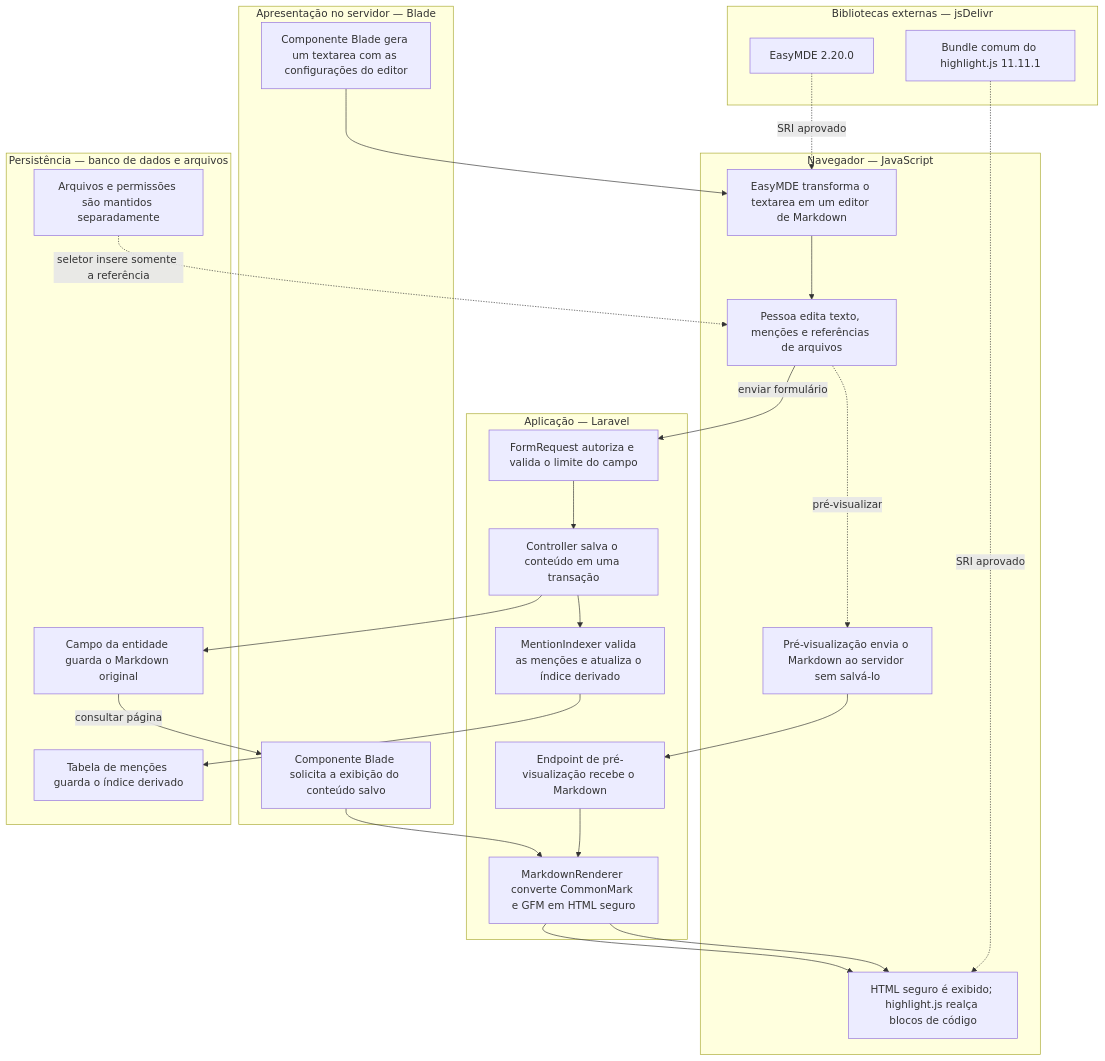
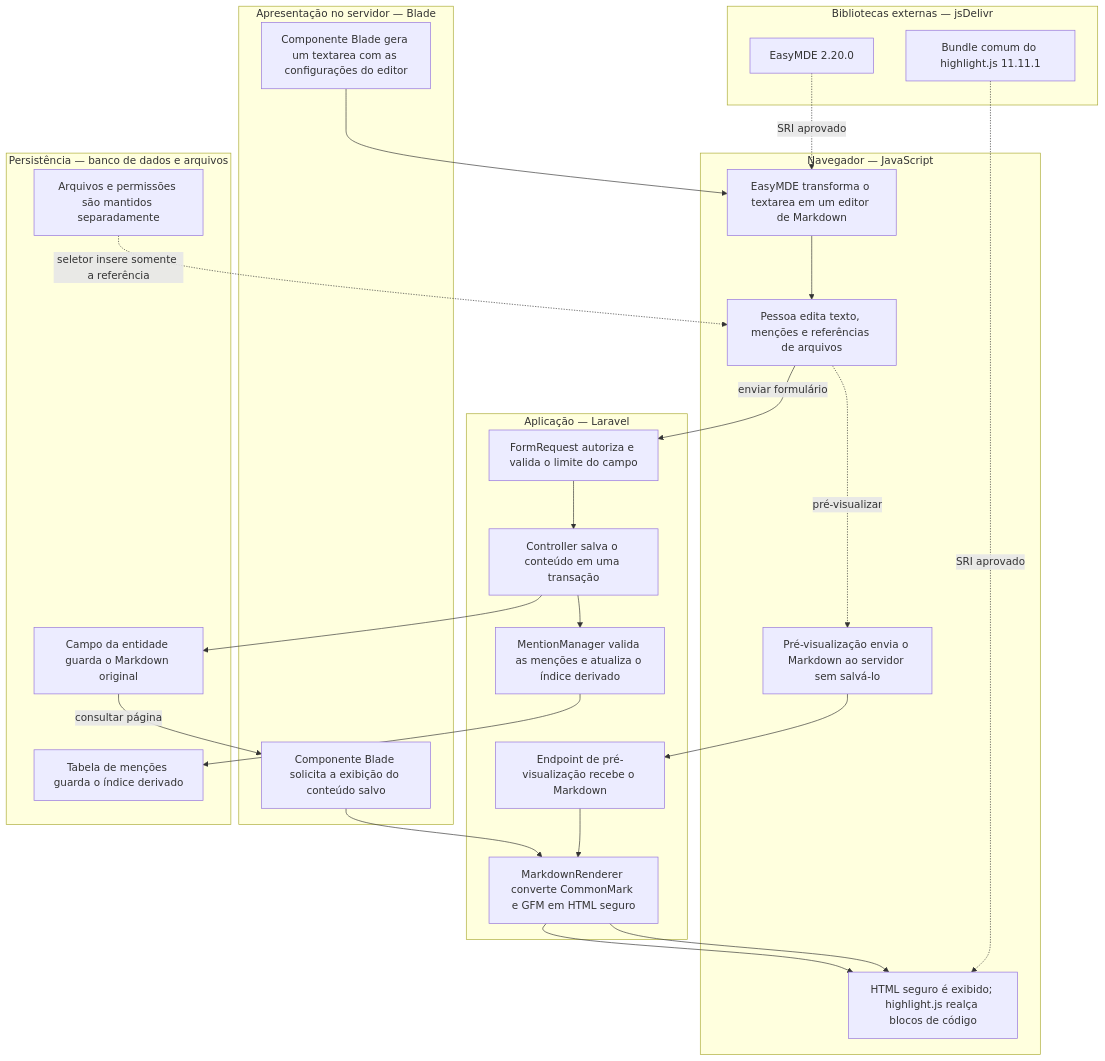
One commit to uspdev/gestao-projetos changed the diagram in docs/markdown/diagrama-markdown.md. Above: the diagram before and after it, drawn with Mermaid. The commit also changed 26 other files, not shown here.

````diff
--- a/docs/markdown/diagrama-markdown.md
+++ b/docs/markdown/diagrama-markdown.md
@@ -6,44 +6,44 @@
 ```mermaid
 flowchart TD
     subgraph presentation["Apresentação no servidor — Blade"]
         textarea["Componente Blade gera um textarea com as configurações do editor"]
         content["Componente Blade solicita a exibição do conteúdo salvo"]
     end
 
     subgraph browser["Navegador — JavaScript"]
         editor["EasyMDE transforma o textarea em um editor de Markdown"]
         author["Pessoa edita texto, menções e referências de arquivos"]
         preview["Pré-visualização envia o Markdown ao servidor sem salvá-lo"]
         display["HTML seguro é exibido; highlight.js realça blocos de código"]
     end
 
     subgraph external["Bibliotecas externas — jsDelivr"]
         easyMdeCdn["EasyMDE 2.20.0"]
         highlightCdn["Bundle comum do highlight.js 11.11.1"]
     end
 
     subgraph application["Aplicação — Laravel"]
         validation["FormRequest autoriza e valida o limite do campo"]
         controller["Controller salva o conteúdo em uma transação"]
         previewController["Endpoint de pré-visualização recebe o Markdown"]
         renderer["MarkdownRenderer converte CommonMark e GFM em HTML seguro"]
-        mentions["MentionIndexer valida as menções e atualiza o índice derivado"]
+        mentions["MentionManager valida as menções e atualiza o índice derivado"]
     end
 
     subgraph persistence["Persistência — banco de dados e arquivos"]
         database["Campo da entidade guarda o Markdown original"]
         mentionIndex["Tabela de menções guarda o índice derivado"]
         files["Arquivos e permissões são mantidos separadamente"]
     end
 
     textarea --> editor --> author
     easyMdeCdn -. "SRI aprovado" .-> editor
     highlightCdn -. "SRI aprovado" .-> display
     author -. "pré-visualizar" .-> preview --> previewController --> renderer --> display
     author -- "enviar formulário" --> validation --> controller
     controller --> database
     controller --> mentions --> mentionIndex
     database -- "consultar página" --> content --> renderer
     renderer --> display
     files -. "seletor insere somente a referência" .-> author
 ```
````
